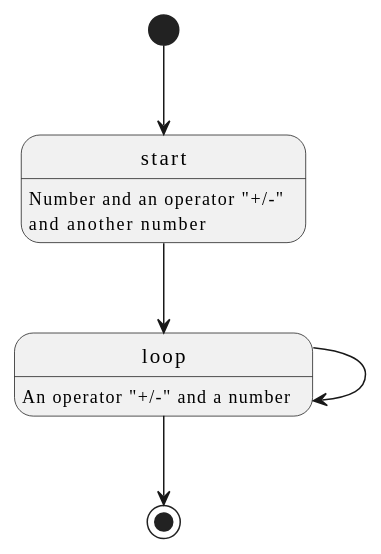
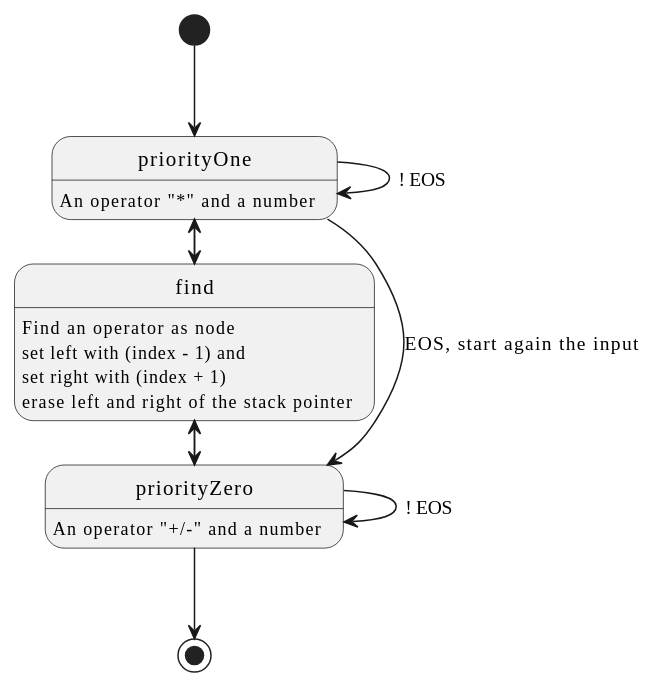
One commit to t-h2o/parsmath changed diagram 13 of 13 in assets/README.adoc. Above: the diagram before and after it, drawn with PlantUML. The commit also changed 2 other files, not shown here.

Commit message:
doc: update parsing diagram

```diff
--- a/assets/README.adoc
+++ b/assets/README.adoc
@@ -240,15 +240,22 @@
 [plantuml, target=parse_token, format=svg, width=100%]
 ....
 @startuml
 skinparam defaultFontName JetBrains Mono
 
-[*] --> start
-start --> loop
-loop --> loop
-loop --> [*]
+[*] --> priorityOne
+priorityOne --> priorityOne : ! EOS
+priorityOne -> find : find
+find -> priorityOne
 
-start : Number and an operator "+/-"\nand another number
-loop: An operator "+/-" and a number
+priorityOne --> priorityZero : EOS, start again the input
+priorityZero --> priorityZero : ! EOS
+priorityZero -> find : find
+find -> priorityZero
+priorityZero --> [*]
+
+find: Find an operator as node\nset left with (index - 1) and\nset right with (index + 1)\nerase left and right of the stack pointer
+priorityOne: An operator "*" and a number
+priorityZero: An operator "+/-" and a number
 
 @enduml
 ....
```
